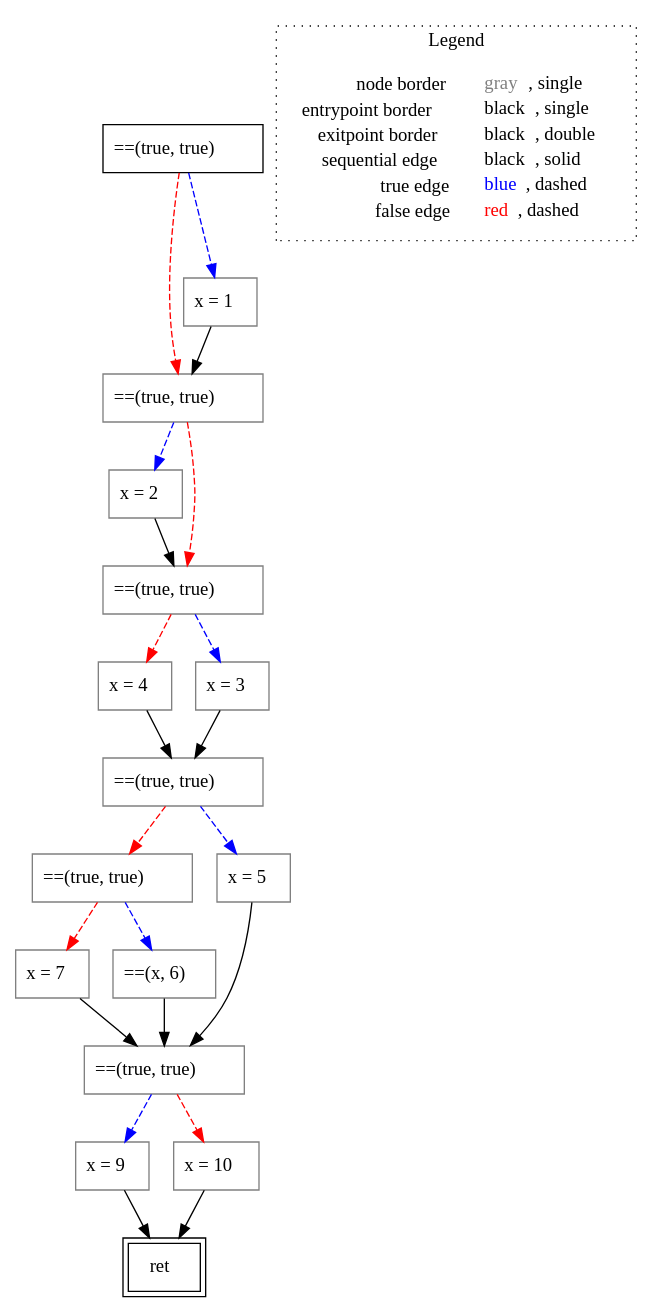
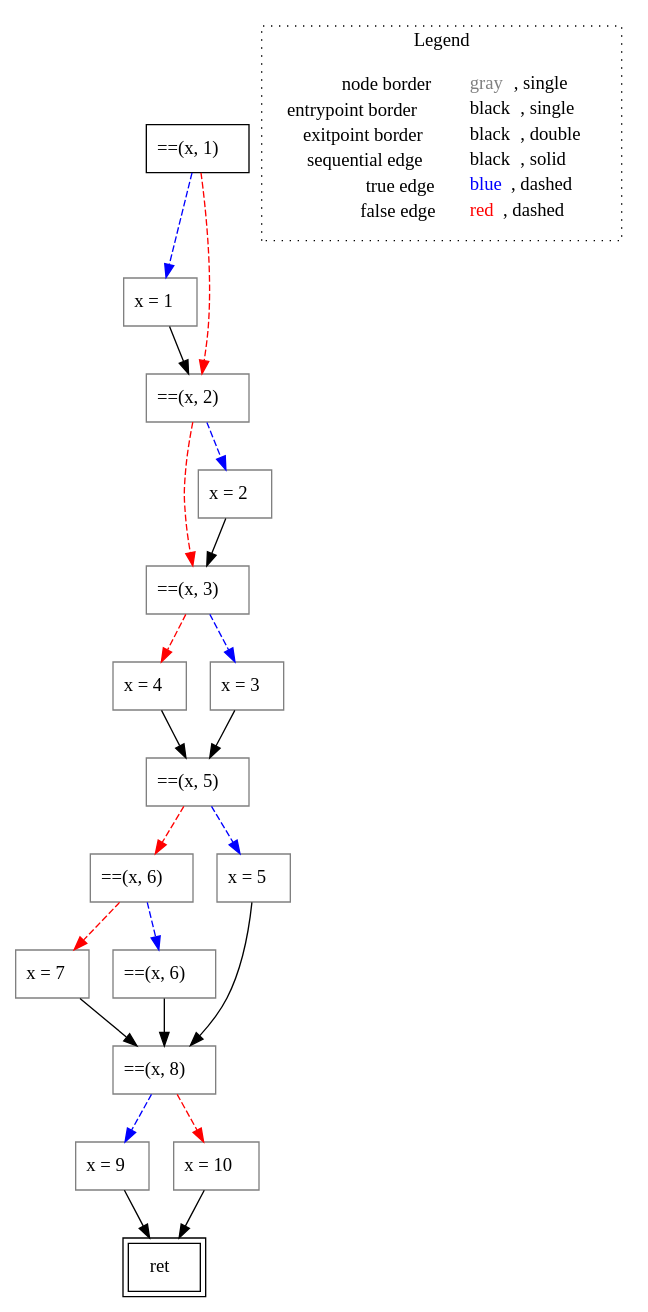
Before and after one commit to VincenzoArceri/rust-lisa: the diagram in rust-lisa/rust-testcases/cfg/more-than-one-if/untyped_rust-testcases_cfg_more-than-one-if_more-than-one-if.rs.main().dot, drawn with Graphviz. The commit also changed 6 other files, not shown here.

```diff
--- a/rust-lisa/rust-testcases/cfg/more-than-one-if/untyped_rust-testcases_cfg_more-than-one-if_more-than-one-if.rs.main().dot
+++ b/rust-lisa/rust-testcases/cfg/more-than-one-if/untyped_rust-testcases_cfg_more-than-one-if_more-than-one-if.rs.main().dot
@@ -1,46 +1,46 @@
 digraph {
-	"node0" [shape="rect",color="black",label=<==(true, true)>];
-	"node1" [shape="rect",color="gray",label=<x = 4>];
-	"node2" [shape="rect",color="black",peripheries="2",label=<ret>];
-	"node3" [shape="rect",color="gray",label=<x = 2>];
-	"node4" [shape="rect",color="gray",label=<==(true, true)>];
-	"node5" [shape="rect",color="gray",label=<x = 7>];
-	"node6" [shape="rect",color="gray",label=<==(true, true)>];
+	"node0" [shape="rect",color="black",label=<==(x, 1)>];
+	"node1" [shape="rect",color="gray",label=<==(x, 3)>];
+	"node2" [shape="rect",color="gray",label=<x = 4>];
+	"node3" [shape="rect",color="gray",label=<==(x, 6)>];
+	"node4" [shape="rect",color="black",peripheries="2",label=<ret>];
+	"node5" [shape="rect",color="gray",label=<x = 2>];
+	"node6" [shape="rect",color="gray",label=<x = 7>];
 	"node7" [shape="rect",color="gray",label=<x = 1>];
 	"node8" [shape="rect",color="gray",label=<==(x, 6)>];
-	"node9" [shape="rect",color="gray",label=<==(true, true)>];
+	"node9" [shape="rect",color="gray",label=<==(x, 8)>];
 	"node10" [shape="rect",color="gray",label=<x = 5>];
-	"node11" [shape="rect",color="gray",label=<==(true, true)>];
+	"node11" [shape="rect",color="gray",label=<==(x, 2)>];
 	"node12" [shape="rect",color="gray",label=<x = 9>];
 	"node13" [shape="rect",color="gray",label=<x = 3>];
 	"node14" [shape="rect",color="gray",label=<x = 10>];
-	"node15" [shape="rect",color="gray",label=<==(true, true)>];
-	"node1" -> "node9" [color="black"];
-	"node3" -> "node11" [color="black"];
-	"node4" -> "node3" [color="blue",style="dashed"];
-	"node4" -> "node11" [color="red",style="dashed"];
-	"node0" -> "node4" [color="red",style="dashed"];
+	"node15" [shape="rect",color="gray",label=<==(x, 5)>];
+	"node0" -> "node11" [color="red",style="dashed"];
 	"node0" -> "node7" [color="blue",style="dashed"];
-	"node5" -> "node15" [color="black"];
-	"node6" -> "node5" [color="red",style="dashed"];
-	"node6" -> "node8" [color="blue",style="dashed"];
-	"node7" -> "node4" [color="black"];
-	"node8" -> "node15" [color="black"];
-	"node9" -> "node10" [color="blue",style="dashed"];
-	"node9" -> "node6" [color="red",style="dashed"];
-	"node10" -> "node15" [color="black"];
+	"node1" -> "node2" [color="red",style="dashed"];
+	"node1" -> "node13" [color="blue",style="dashed"];
+	"node2" -> "node15" [color="black"];
+	"node3" -> "node6" [color="red",style="dashed"];
+	"node3" -> "node8" [color="blue",style="dashed"];
+	"node5" -> "node1" [color="black"];
+	"node6" -> "node9" [color="black"];
+	"node7" -> "node11" [color="black"];
+	"node8" -> "node9" [color="black"];
+	"node9" -> "node12" [color="blue",style="dashed"];
+	"node9" -> "node14" [color="red",style="dashed"];
+	"node10" -> "node9" [color="black"];
 	"node11" -> "node1" [color="red",style="dashed"];
-	"node11" -> "node13" [color="blue",style="dashed"];
-	"node12" -> "node2" [color="black"];
-	"node13" -> "node9" [color="black"];
-	"node14" -> "node2" [color="black"];
-	"node15" -> "node12" [color="blue",style="dashed"];
-	"node15" -> "node14" [color="red",style="dashed"];
+	"node11" -> "node5" [color="blue",style="dashed"];
+	"node12" -> "node4" [color="black"];
+	"node13" -> "node15" [color="black"];
+	"node14" -> "node4" [color="black"];
+	"node15" -> "node10" [color="blue",style="dashed"];
+	"node15" -> "node3" [color="red",style="dashed"];
 subgraph cluster_legend {
 	label="Legend";
 	style=dotted;
 	node [shape=plaintext];
 	"legend" [label=<<table border="0" cellpadding="2" cellspacing="0" cellborder="0"><tr><td align="right">node border&nbsp;</td><td align="left"><font color="gray">gray</font>, single</td></tr><tr><td align="right">entrypoint border&nbsp;</td><td align="left"><font color="black">black</font>, single</td></tr><tr><td align="right">exitpoint border&nbsp;</td><td align="left"><font color="black">black</font>, double</td></tr><tr><td align="right">sequential edge&nbsp;</td><td align="left"><font color="black">black</font>, solid</td></tr><tr><td align="right">true edge&nbsp;</td><td align="left"><font color="blue">blue</font>, dashed</td></tr><tr><td align="right">false edge&nbsp;</td><td align="left"><font color="red">red</font>, dashed</td></tr></table>>];
 }
 
 }
```
